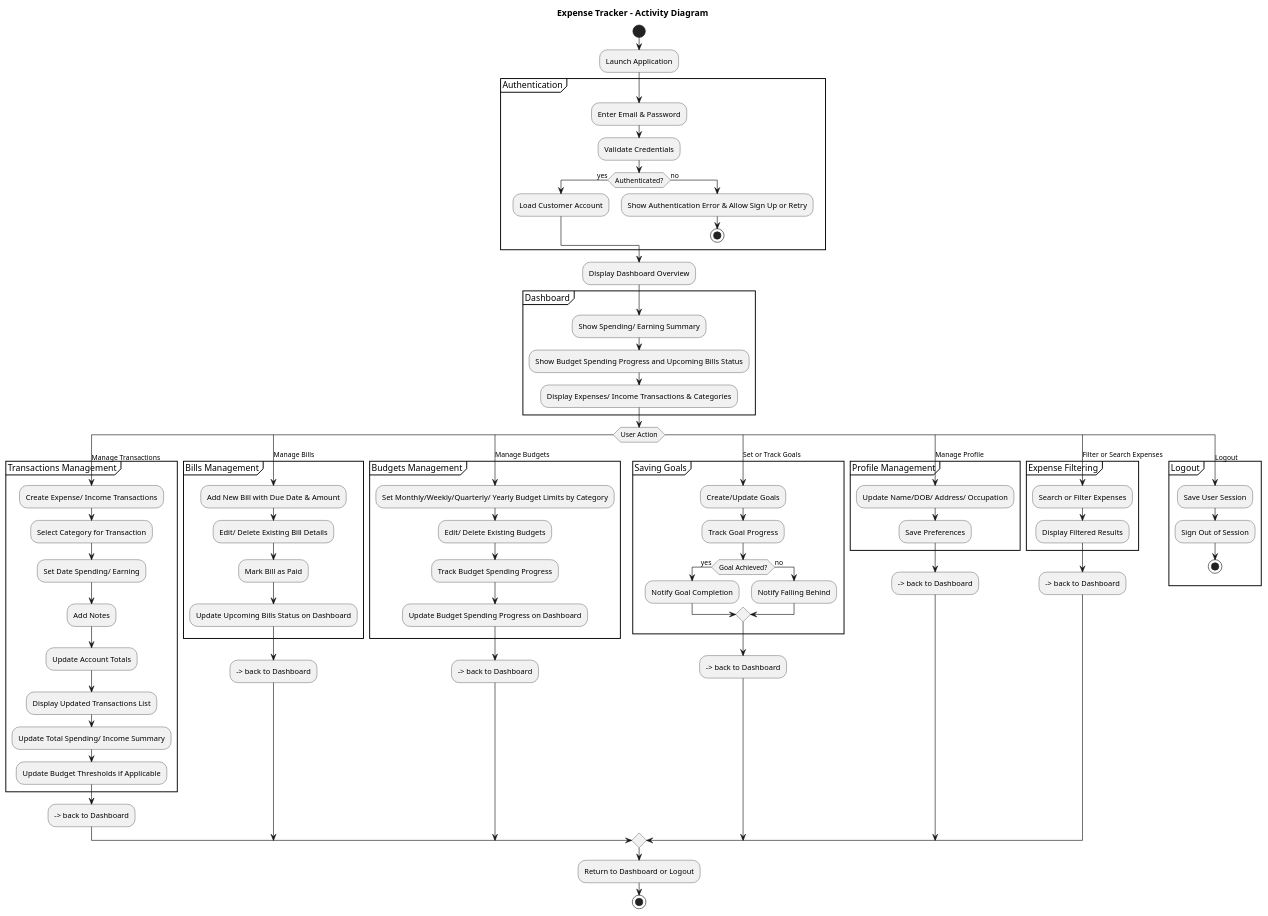
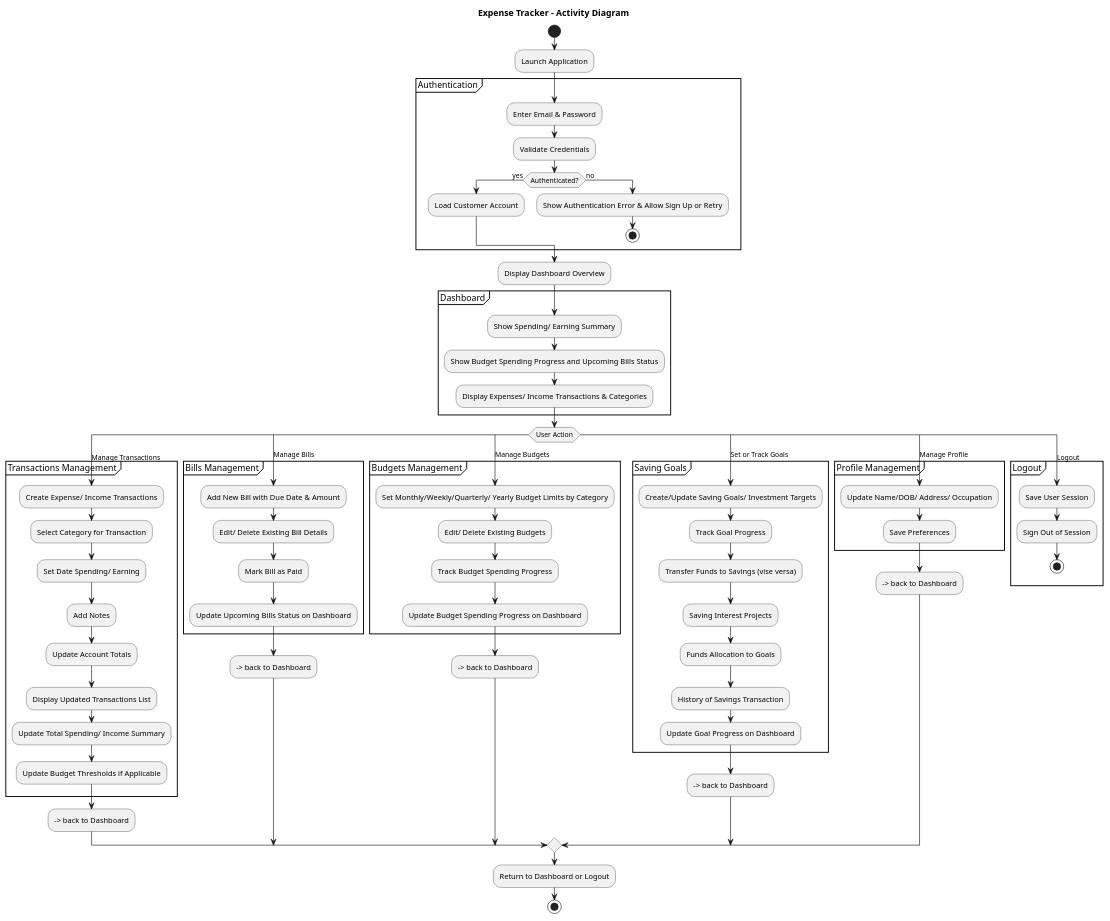
Before and after one commit to TrungVN9/expense-tracker-app: the diagram in design/activity_diagram.plantuml, drawn with PlantUML. The commit also changed 1 other file, not shown here.

Commit message:
updated 2 features savings and investment goals

```diff
--- a/design/activity_diagram.plantuml
+++ b/design/activity_diagram.plantuml
@@ -1,117 +1,109 @@
 @startuml
 title Expense Tracker - Activity Diagram
 
 start
 :Launch Application;
 
 partition Authentication {
   :Enter Email & Password;
   :Validate Credentials;
   if (Authenticated?) then (yes)
     :Load Customer Account;
   else (no)
     :Show Authentication Error & Allow Sign Up or Retry;
     stop
   endif
 }
 
 :Display Dashboard Overview;
 
 partition Dashboard {
   :Show Spending/ Earning Summary;
   :Show Budget Spending Progress and Upcoming Bills Status;
   :Display Expenses/ Income Transactions & Categories;
 }
 
 switch (User Action)
   case (Manage Transactions)
     partition "Transactions Management" {
       :Create Expense/ Income Transactions;
       :Select Category for Transaction;
       :Set Date Spending/ Earning; 
       :Add Notes;
       :Update Account Totals;
       :Display Updated Transactions List;
       :Update Total Spending/ Income Summary;
       :Update Budget Thresholds if Applicable;
     }
     --> back to Dashboard
 
     case (Manage Bills)
     partition "Bills Management" {
         :Add New Bill with Due Date & Amount;
         :Edit/ Delete Existing Bill Details;
         :Mark Bill as Paid;
         :Update Upcoming Bills Status on Dashboard;
     }
     --> back to Dashboard
 
     case (Manage Budgets)
     partition "Budgets Management" {
         :Set Monthly/Weekly/Quarterly/ Yearly Budget Limits by Category;
         :Edit/ Delete Existing Budgets;
         :Track Budget Spending Progress;
         :Update Budget Spending Progress on Dashboard;
     }
     --> back to Dashboard
 
   case (Set or Track Goals)
     partition "Saving Goals" {
-      :Create/Update Goals;
+      :Create/Update Saving Goals/ Investment Targets;
       :Track Goal Progress;
-      if (Goal Achieved?) then (yes)
-          :Notify Goal Completion;
-      else (no)
-          :Notify Falling Behind;
-      endif
+      :Transfer Funds to Savings (vise versa);
+      :Saving Interest Projects;
+      :Funds Allocation to Goals;
+      :History of Savings Transaction;
+      :Update Goal Progress on Dashboard;
     }
     --> back to Dashboard
 
 '  case (View Reports)
 '    partition "Reporting" {
 '      :Generate Report (Expenses + Goals);
 '      :Export Report to CSV;
 '    }
 '    --> back to Dashboard
 
   case (Manage Profile)
     partition "Profile Management" {
       :Update Name/DOB/ Address/ Occupation;
       :Save Preferences;
     }
     --> back to Dashboard
 
 '  case (View Notifications)
 '    partition "Notifications" {
 '      :Monitor Budgets and Goals;
 '      :Trigger Alerts;
 '      :Send In-App Notification;
 '    }
 '    --> back to Dashboard
 
 '  case (Set Reminders)
 '    partition "Reminders" {
 '      :Create/Edit Reminder;
 '      :Schedule Due Date Alerts;
 '      :Convert Paid Reminder to Expense;
 '    }
 '    --> back to Dashboard
-
-  case (Filter or Search Expenses)
-    partition "Expense Filtering" {
-      :Search or Filter Expenses;
-      :Display Filtered Results;
-    }
-    --> back to Dashboard
-
   case (Logout)
     partition "Logout" {
       :Save User Session;
       :Sign Out of Session;
       stop
     }
 endswitch
 
 :Return to Dashboard or Logout;
 stop
 @enduml
```
